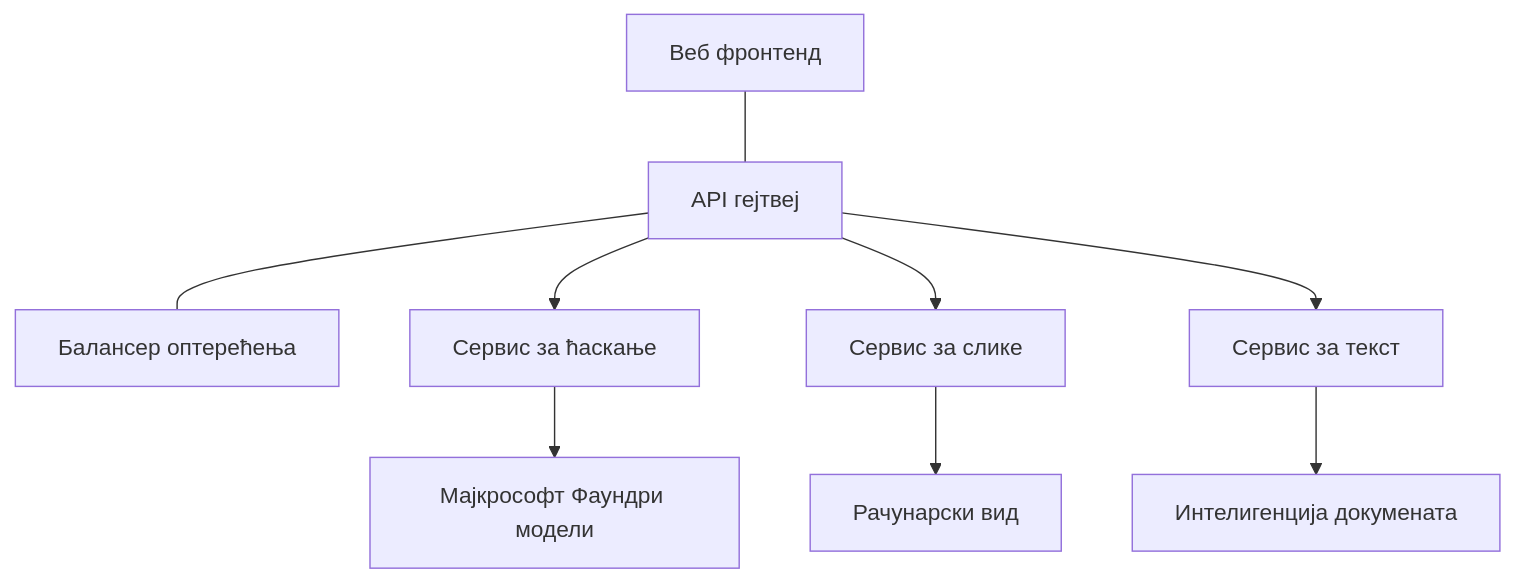
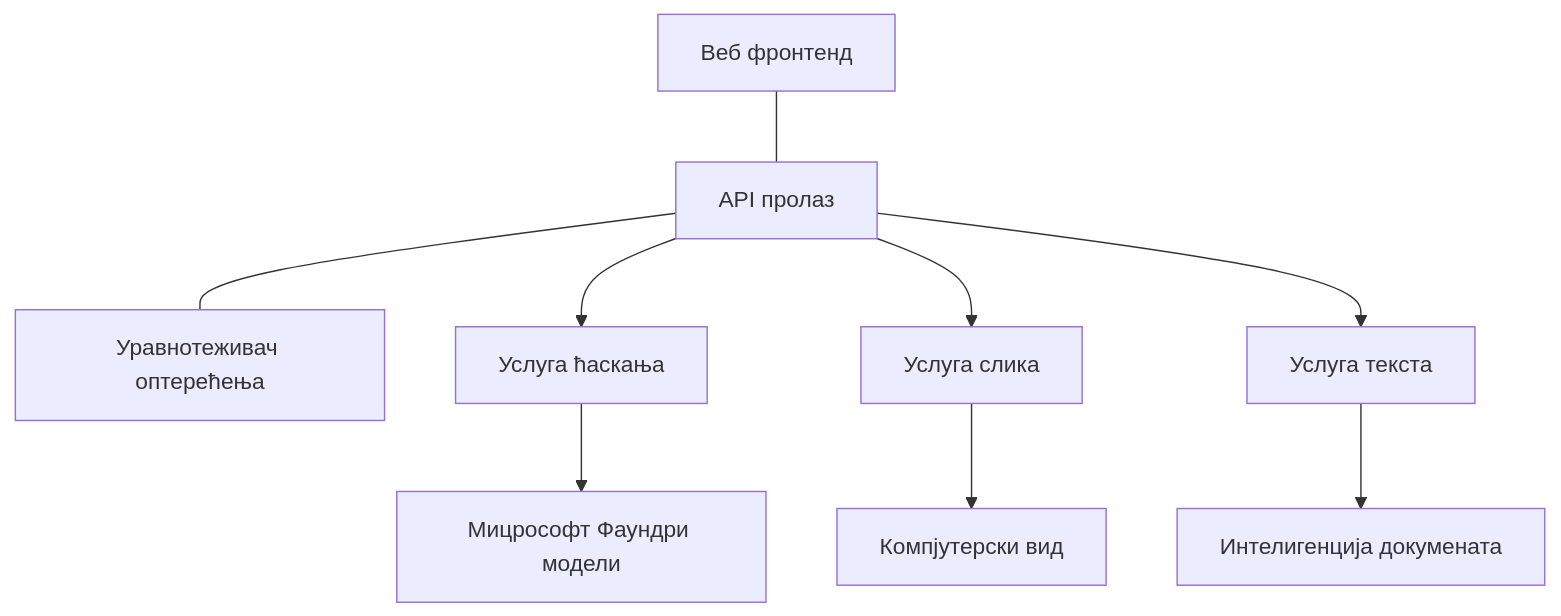
One commit to microsoft/AZD-for-beginners changed the diagram in translations/sr/docs/chapter-08-production/production-ai-practices.md. Above: the diagram before and after it, drawn with Mermaid. The commit also changed other lines of this file and 101 other files, not shown here.

````diff
--- a/translations/sr/docs/chapter-08-production/production-ai-practices.md
+++ b/translations/sr/docs/chapter-08-production/production-ai-practices.md
@@ -30,10 +30,10 @@
 ```mermaid
 graph TD
-    Frontend[Веб фронтенд] --- Gateway[API гејтвеј] --- LB[Балансер оптерећења]
-    Gateway --> Chat[Сервис за ћаскање]
-    Gateway --> Image[Сервис за слике]
-    Gateway --> Text[Сервис за текст]
-    Chat --> OpenAI[Мајкрософт Фаундри модели]
-    Image --> Vision[Рачунарски вид]
+    Frontend[Веб фронтенд] --- Gateway[API пролаз] --- LB[Уравнотеживач оптерећења]
+    Gateway --> Chat[Услуга ћаскања]
+    Gateway --> Image[Услуга слика]
+    Gateway --> Text[Услуга текста]
+    Chat --> OpenAI[Мицрософт Фаундри модели]
+    Image --> Vision[Компјутерски вид]
     Text --> DocIntel[Интелигенција докумената]
 ```
````
